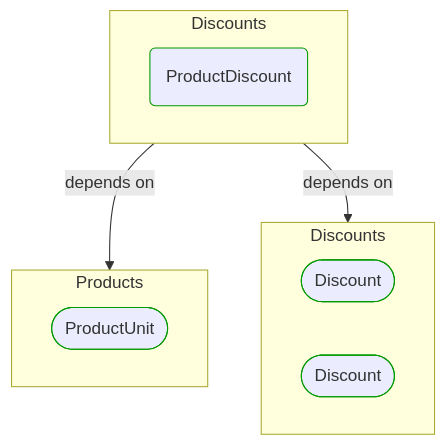
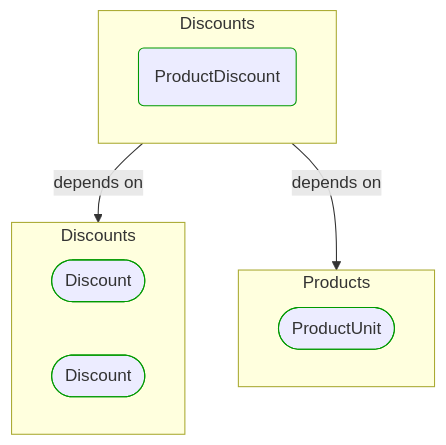
Before and after one commit to itlibrium/DDD-starter-dotnet: the diagram in Docs/P3/MermaidOutput/BuildingBlocks/Sales/Pricing/Discounts/ProductDiscount.md, drawn with Mermaid. The commit also changed 78 other files, not shown here.

````diff
--- a/Docs/P3/MermaidOutput/BuildingBlocks/Sales/Pricing/Discounts/ProductDiscount.md
+++ b/Docs/P3/MermaidOutput/BuildingBlocks/Sales/Pricing/Discounts/ProductDiscount.md
@@ -18,22 +18,22 @@
 ```mermaid
   flowchart TB
     subgraph 0["Discounts"]
       1(ProductDiscount)
       class 1 DomainPerspective
     end
-    subgraph 2["Products"]
-      3([ProductUnit])
+    subgraph 2["Discounts"]
+      3([Discount])
       class 3 DomainPerspective
+      4([Discount])
+      class 4 DomainPerspective
     end
-    subgraph 4["Discounts"]
-      5([Discount])
-      class 5 DomainPerspective
-      6([Discount])
+    subgraph 5["Products"]
+      6([ProductUnit])
       class 6 DomainPerspective
     end
     0-->|depends on|2
-    0-->|depends on|4
+    0-->|depends on|5
     classDef DomainPerspective stroke:#009900
     classDef TechnologyPerspective stroke:#1F41EB
     classDef PeoplePerspective stroke:#FFF014
 ```
````
